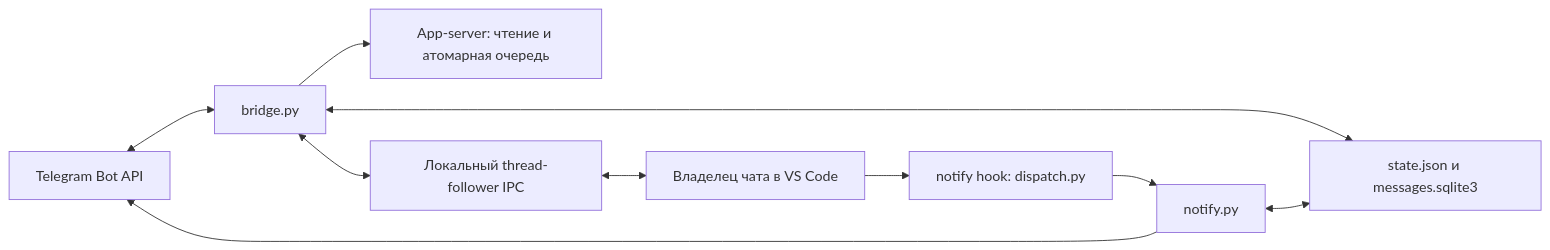
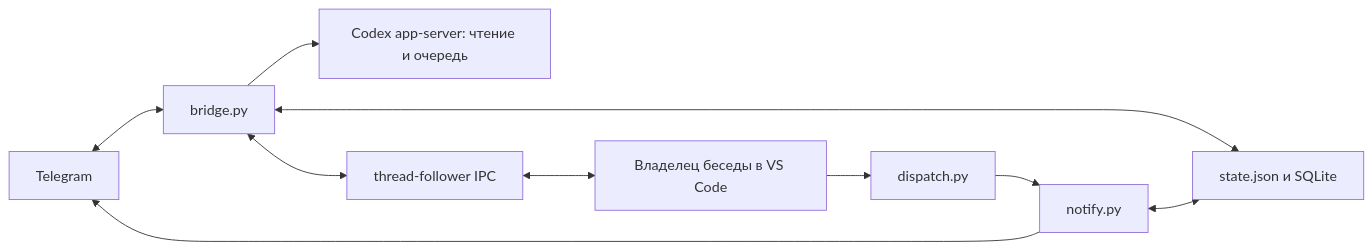
The diagram in DEVELOPER_GUIDE.md (jlekc/codex-remote-pult), drawn with Mermaid before and after one commit. The commit also changed other lines of this file and 6 other files, not shown here.

````diff
--- a/DEVELOPER_GUIDE.md
+++ b/DEVELOPER_GUIDE.md
@@ -13,12 +16,12 @@
 ```mermaid
 flowchart LR
-    T[Telegram Bot API] <--> B[bridge.py]
-    B --> R[App-server: чтение и атомарная очередь]
-    B <--> I[Локальный thread-follower IPC]
-    I <--> V[Владелец чата в VS Code]
-    V --> H[notify hook: dispatch.py]
-    H --> N[notify.py]
+    T[Telegram] <--> B[bridge.py]
+    B --> A[Codex app-server: чтение и очередь]
+    B <--> I[thread-follower IPC]
+    I <--> V[Владелец беседы в VS Code]
+    V --> D[dispatch.py]
+    D --> N[notify.py]
     N --> T
-    B <--> S[state.json и messages.sqlite3]
+    B <--> S[state.json и SQLite]
     N <--> S
 ```
````
